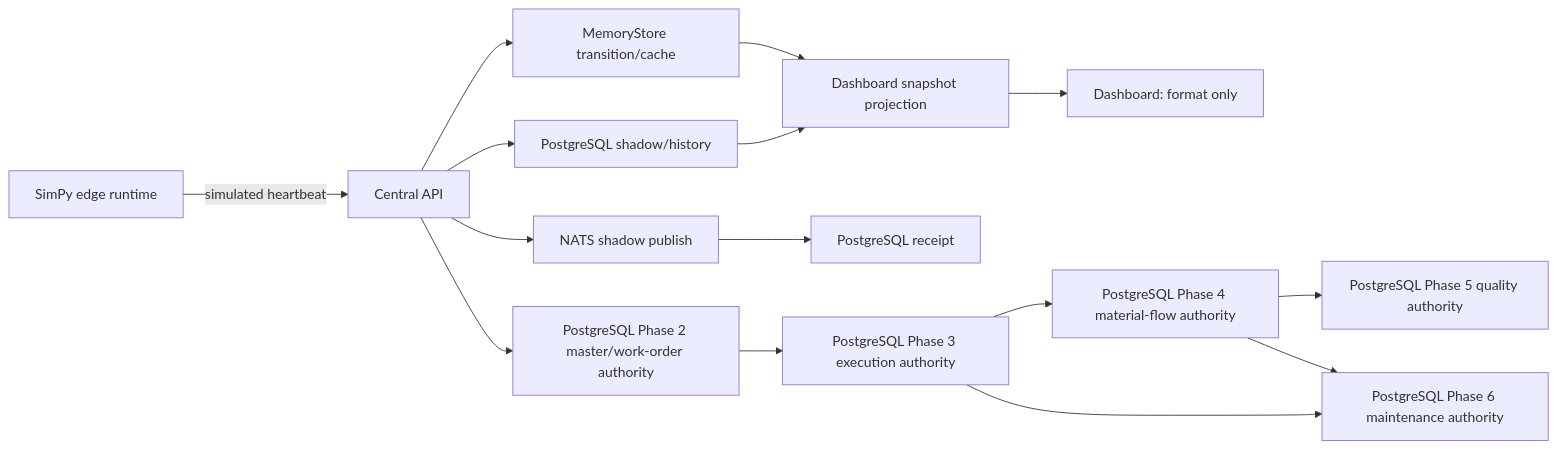
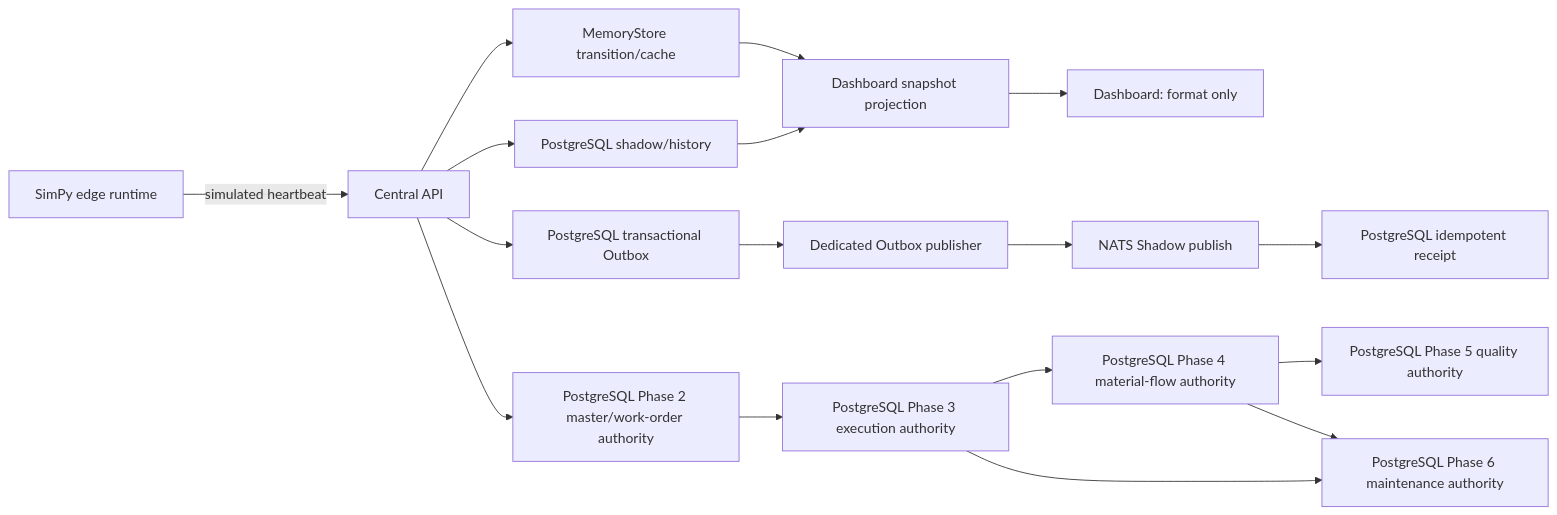
The diagram in docs/architecture/SOURCE_OF_TRUTH_MATRIX.md (oweak/mini-ogas), drawn with Mermaid before and after one commit. The commit also changed other lines of this file and 22 other files, not shown here.

````diff
--- a/docs/architecture/SOURCE_OF_TRUTH_MATRIX.md
+++ b/docs/architecture/SOURCE_OF_TRUTH_MATRIX.md
@@ -91,17 +91,19 @@
 ```mermaid
 flowchart LR
     S["SimPy edge runtime"] -->|"simulated heartbeat"| API["Central API"]
     API --> MEM["MemoryStore transition/cache"]
     API --> PG["PostgreSQL shadow/history"]
-    API --> NATS["NATS shadow publish"]
-    NATS --> R["PostgreSQL receipt"]
+    API --> OUT["PostgreSQL transactional Outbox"]
+    OUT --> WRK["Dedicated Outbox publisher"]
+    WRK --> NATS["NATS Shadow publish"]
+    NATS --> R["PostgreSQL idempotent receipt"]
     API --> MD["PostgreSQL Phase 2 master/work-order authority"]
     MD --> EXE["PostgreSQL Phase 3 execution authority"]
     EXE --> MAT["PostgreSQL Phase 4 material-flow authority"]
     MAT --> QLT["PostgreSQL Phase 5 quality authority"]
     EXE --> MNT["PostgreSQL Phase 6 maintenance authority"]
     MAT --> MNT
     PG --> SNAP["Dashboard snapshot projection"]
     MEM --> SNAP
     SNAP --> UI["Dashboard: format only"]
 ```
````
